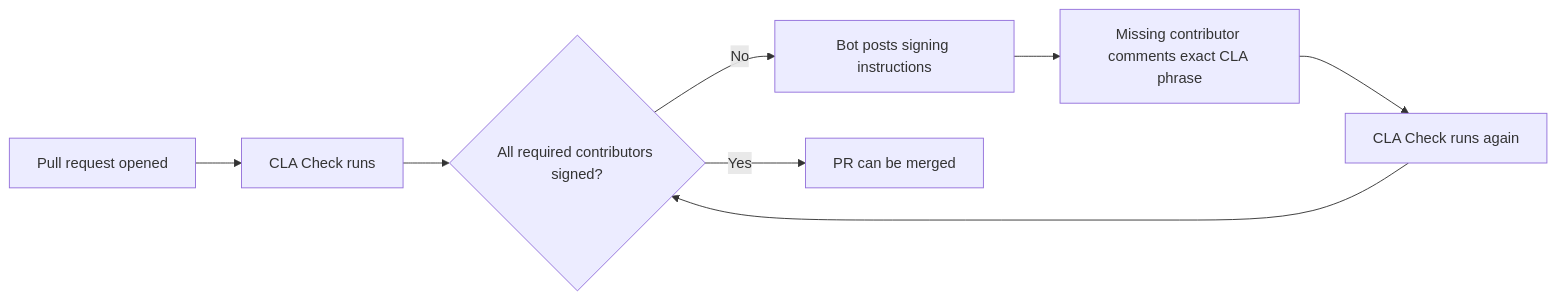
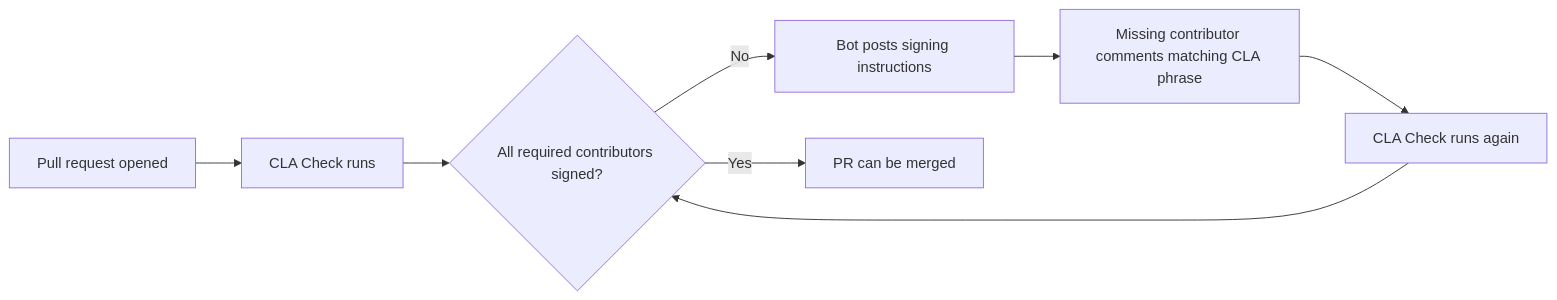
One commit to overtrue/cla-bot changed the diagram in README.md. Above: the diagram before and after it, drawn with Mermaid. The commit also changed other lines of this file and 14 other files, not shown here.

Commit message:
feat: relax CLA comment punctuation matching

````diff
--- a/README.md
+++ b/README.md
@@ -75,10 +75,10 @@
 ```mermaid
 flowchart LR
   A["Pull request opened"] --> B["CLA Check runs"]
   B --> C{"All required contributors signed?"}
   C -->|No| D["Bot posts signing instructions"]
-  D --> E["Missing contributor comments exact CLA phrase"]
+  D --> E["Missing contributor comments matching CLA phrase"]
   E --> F["CLA Check runs again"]
   F --> C
   C -->|Yes| G["PR can be merged"]
 ```
````
